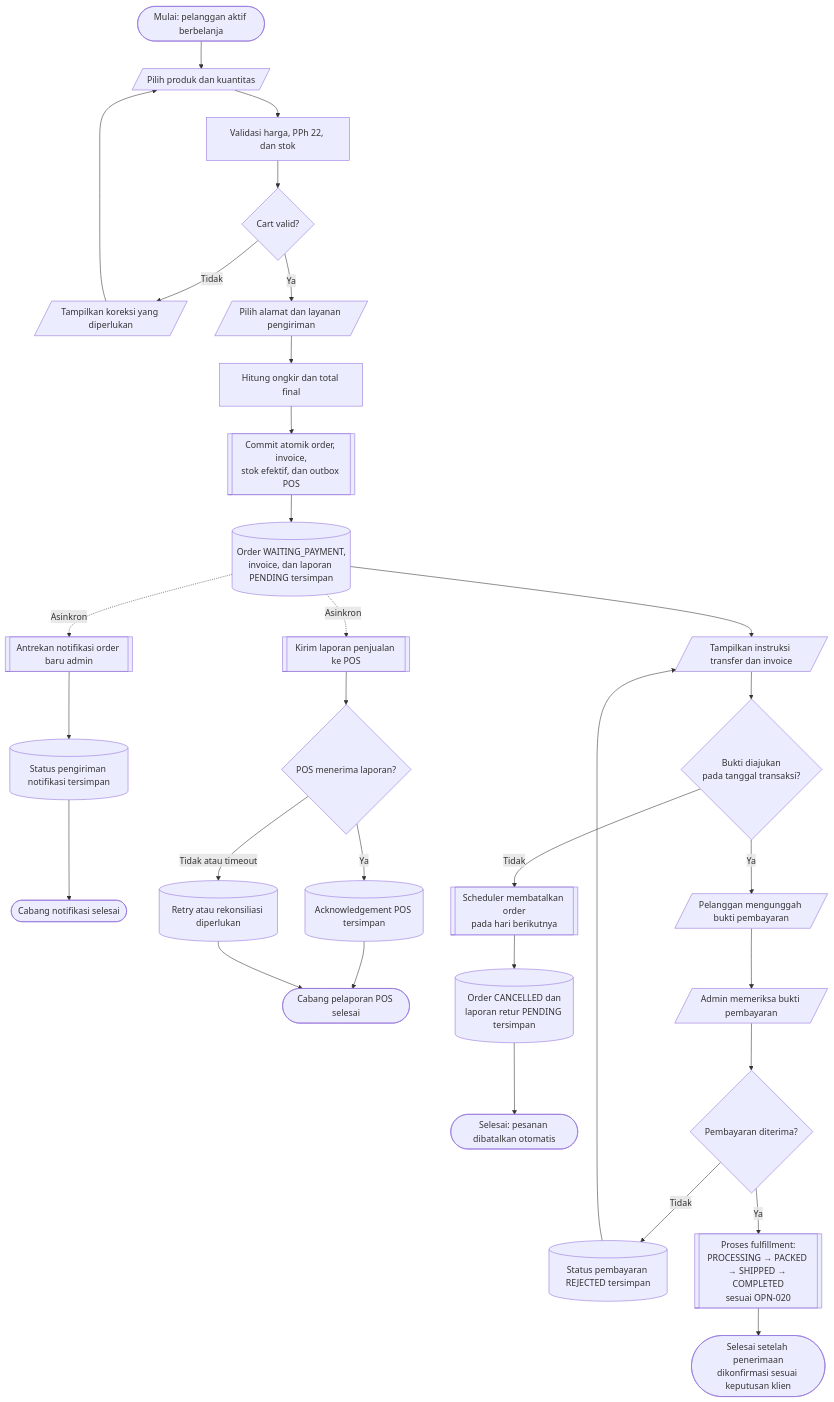
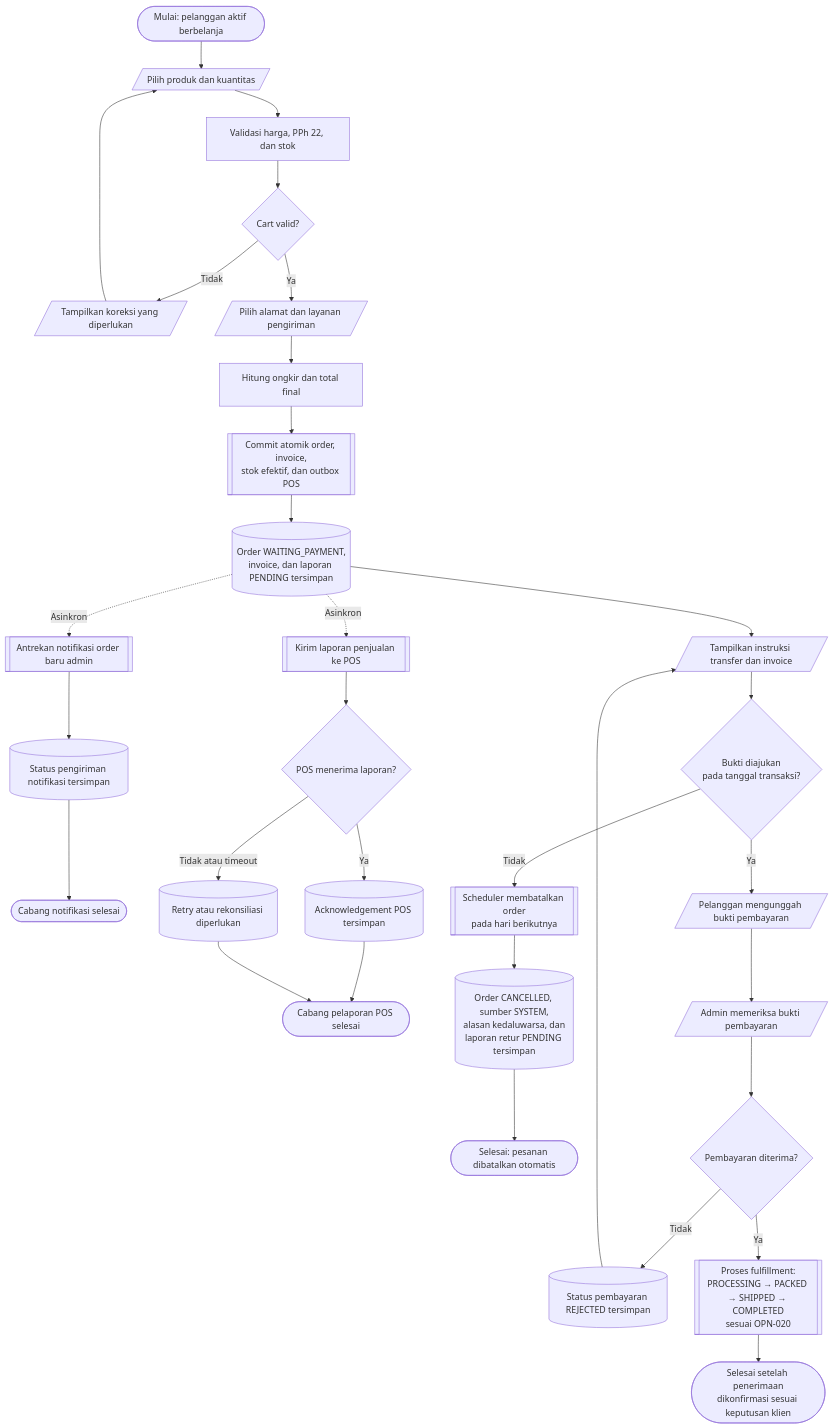
Before and after one commit to Webekspres/pixel-komunika: the third of 4 diagrams in docs/requirements/BRD.md, drawn with Mermaid. The commit also changed other lines of this file and 7 other files, not shown here.

````diff
--- a/docs/requirements/BRD.md
+++ b/docs/requirements/BRD.md
@@ -351,33 +353,33 @@
 ```mermaid
 flowchart TD
     A(["Mulai: pelanggan aktif berbelanja"]) --> B[/"Pilih produk dan kuantitas"/]
     B --> C["Validasi harga, PPh 22, dan stok"]
     C --> D{"Cart valid?"}
     D -->|Tidak| E[/"Tampilkan koreksi yang diperlukan"/]
     E --> B
     D -->|Ya| F[/"Pilih alamat dan layanan pengiriman"/]
     F --> G["Hitung ongkir dan total final"]
     G --> H[["Commit atomik order, invoice,<br/>stok efektif, dan outbox POS"]]
     H --> I[("Order WAITING_PAYMENT,<br/>invoice, dan laporan PENDING tersimpan")]
     I -.->|Asinkron| J[["Antrekan notifikasi order baru admin"]]
     J --> JA[("Status pengiriman notifikasi tersimpan")]
     JA --> JB(["Cabang notifikasi selesai"])
     I -.->|Asinkron| K[["Kirim laporan penjualan ke POS"]]
     K --> L{"POS menerima laporan?"}
     L -->|Ya| M[("Acknowledgement POS tersimpan")]
     L -->|Tidak atau timeout| N[("Retry atau rekonsiliasi diperlukan")]
     M --> KA(["Cabang pelaporan POS selesai"])
     N --> KA
     I --> O[/"Tampilkan instruksi transfer dan invoice"/]
     O --> P{"Bukti diajukan<br/>pada tanggal transaksi?"}
     P -->|Tidak| Q[["Scheduler membatalkan order<br/>pada hari berikutnya"]]
-    Q --> R[("Order CANCELLED dan<br/>laporan retur PENDING tersimpan")]
+    Q --> R[("Order CANCELLED, sumber SYSTEM,<br/>alasan kedaluwarsa, dan<br/>laporan retur PENDING tersimpan")]
     R --> S(["Selesai: pesanan dibatalkan otomatis"])
     P -->|Ya| T[/"Pelanggan mengunggah bukti pembayaran"/]
     T --> U[/"Admin memeriksa bukti pembayaran"/]
     U --> V{"Pembayaran diterima?"}
     V -->|Tidak| W[("Status pembayaran REJECTED tersimpan")]
     W --> O
     V -->|Ya| X[["Proses fulfillment:<br/>PROCESSING → PACKED → SHIPPED → COMPLETED<br/>sesuai OPN-020"]]
     X --> Y(["Selesai setelah penerimaan<br/>dikonfirmasi sesuai keputusan klien"])
 ```
````
